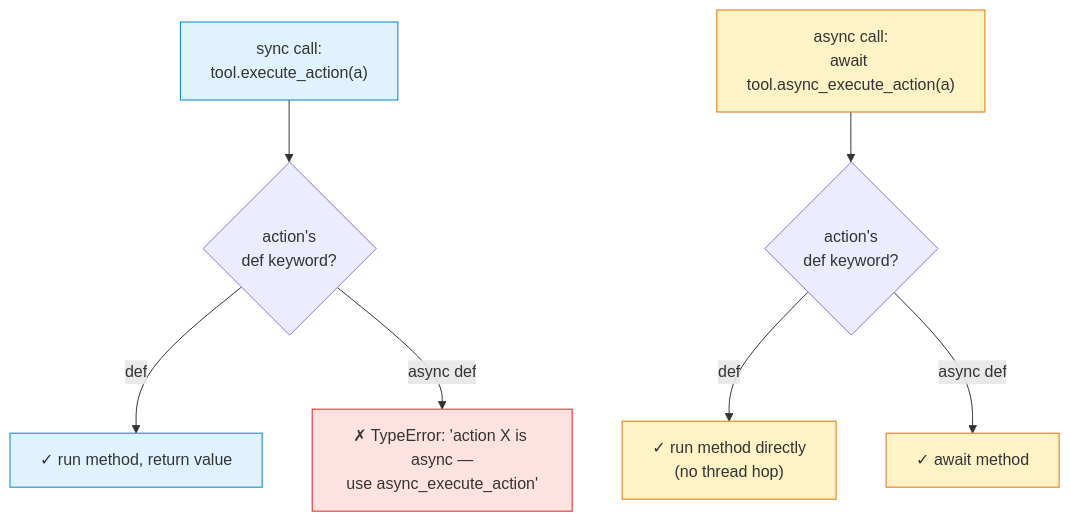
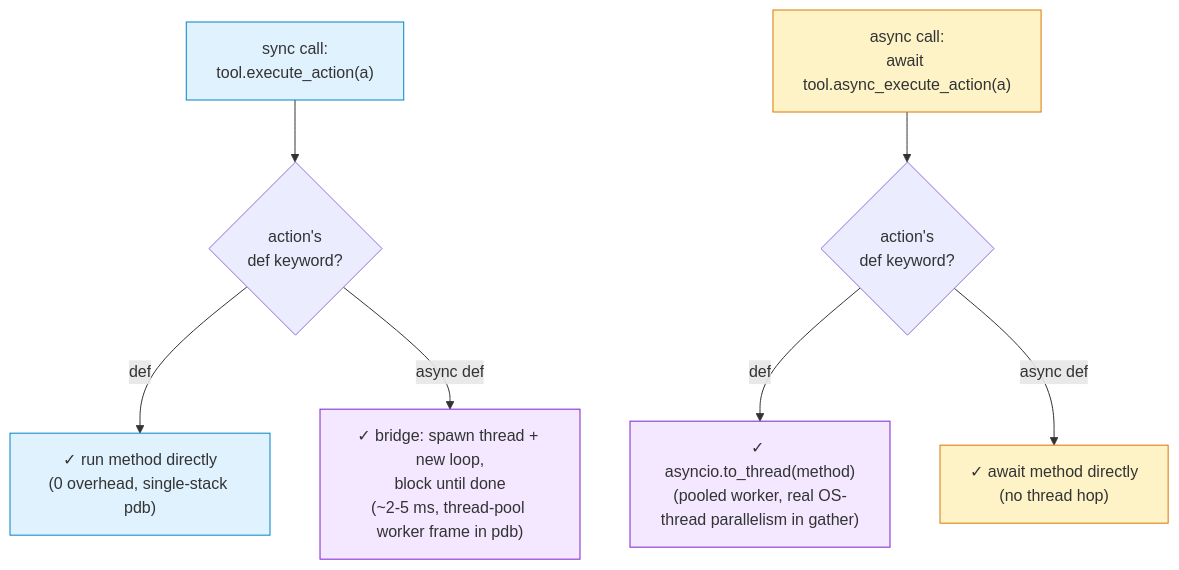
One commit to The-AI-Alliance/cube-standard changed the second of 2 diagrams in openspec/changes/tool-consolidation/proposal.md. Above: the diagram before and after it, drawn with Mermaid. The commit also changed other lines of this file and 1 other file, not shown here.

First line of the commit message:
docs(openspec): tool-consolidation — symmetric bridge, F1 acknowledgement

````diff
--- a/openspec/changes/tool-consolidation/proposal.md
+++ b/openspec/changes/tool-consolidation/proposal.md
@@ -108,17 +108,17 @@
 ```mermaid
 flowchart TD
-    classDef sync fill:#e0f2fe,stroke:#0284c7
-    classDef async_ fill:#fef3c7,stroke:#d97706
-    classDef bad fill:#fee2e2,stroke:#dc2626
+    classDef fast fill:#e0f2fe,stroke:#0284c7
+    classDef awaitp fill:#fef3c7,stroke:#d97706
+    classDef bridge fill:#f3e8ff,stroke:#7e22ce
 
-    CS["sync call:<br/>tool.execute_action(a)"]:::sync
-    AS["async call:<br/>await tool.async_execute_action(a)"]:::async_
+    CS["sync call:<br/>tool.execute_action(a)"]:::fast
+    AS["async call:<br/>await tool.async_execute_action(a)"]:::awaitp
 
     CS --> CSK{"action's<br/>def keyword?"}
-    CSK -- "def" --> CSR["✓ run method, return value"]:::sync
-    CSK -- "async def" --> CSE["✗ TypeError: 'action X is async —<br/>use async_execute_action'"]:::bad
+    CSK -- "def" --> CSR["✓ run method directly<br/>(0 overhead, single-stack pdb)"]:::fast
+    CSK -- "async def" --> CSB["✓ bridge: spawn thread + new loop,<br/>block until done<br/>(~2-5 ms, thread-pool worker frame in pdb)"]:::bridge
 
     AS --> ASK{"action's<br/>def keyword?"}
-    ASK -- "def" --> ASR1["✓ run method directly<br/>(no thread hop)"]:::async_
-    ASK -- "async def" --> ASR2["✓ await method"]:::async_
+    ASK -- "def" --> ASR1["✓ asyncio.to_thread(method)<br/>(pooled worker, real OS-thread parallelism in gather)"]:::bridge
+    ASK -- "async def" --> ASR2["✓ await method directly<br/>(no thread hop)"]:::awaitp
 ```
````
